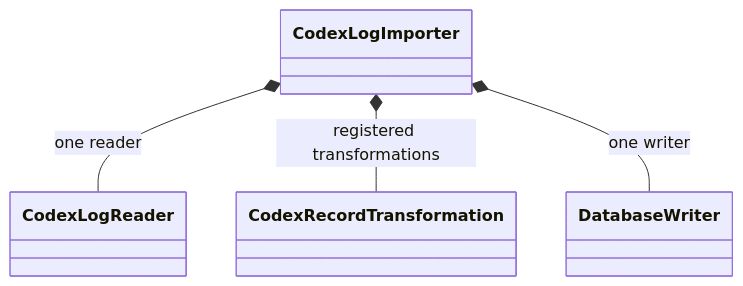
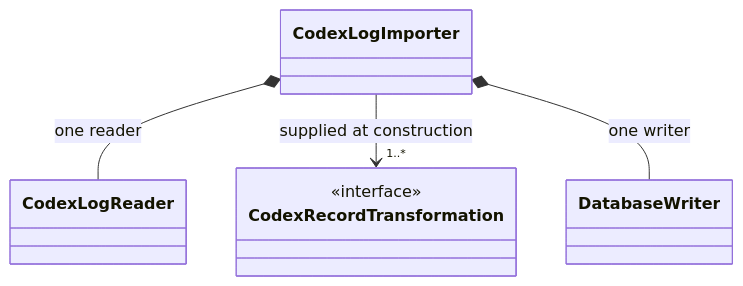
Before and after one commit to xtrmstep/codex-stats-analyzer: the first of 2 diagrams in specification/02-architecture/02-design/020-backend-class-design.md, drawn with Mermaid. The commit also changed other lines of this file, not shown here.

Commit message:
transformation: define the importer interface

````diff
--- a/specification/02-architecture/02-design/020-backend-class-design.md
+++ b/specification/02-architecture/02-design/020-backend-class-design.md
@@ -12,6 +12,9 @@
 ```mermaid
 classDiagram
     CodexLogImporter *-- CodexLogReader : one reader
-    CodexLogImporter *-- CodexRecordTransformation : registered transformations
+    class CodexRecordTransformation {
+        <<interface>>
+    }
+    CodexLogImporter --> "1..*" CodexRecordTransformation : supplied at construction
     CodexLogImporter *-- DatabaseWriter : one writer
 ```
````
